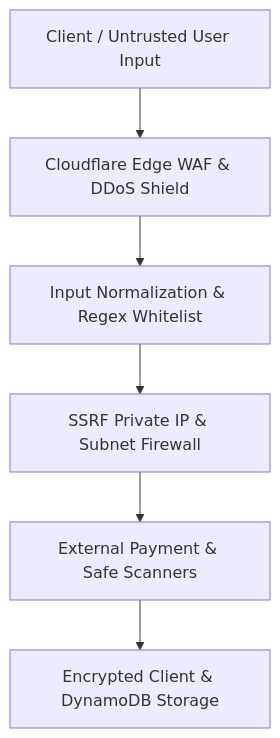
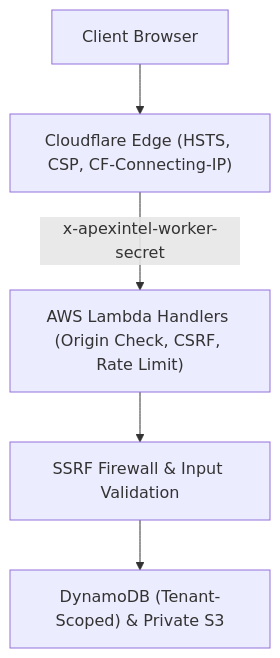
Before and after one commit to Aikun100/apexintel-b2b: the diagram in docs/SECURITY.md, drawn with Mermaid. The commit also changed other lines of this file and 84 other files, not shown here.

Commit message:
feat: complete ApexIntel transformation — scoring engine, backend parity, workspace tabs, forgot-password flow, admin overview, campaigns, catalog enrichment, design tokens, SVG cleanup, Lambda packaging; remove 40 obsolete docs; add CONTEXT.md fast-reference; 192/192 tests passing

````diff
--- a/docs/SECURITY.md
+++ b/docs/SECURITY.md
@@ -12,8 +7,7 @@
 ```mermaid
 flowchart TD
-    Client["Client / Untrusted User Input"] --> WAF["Cloudflare Edge WAF & DDoS Shield"]
-    WAF --> Sanitizer["Input Normalization & Regex Whitelist"]
-    Sanitizer --> SSRF["SSRF Private IP & Subnet Firewall"]
-    SSRF --> Gateway["External Payment & Safe Scanners"]
-    Gateway --> Storage["Encrypted Client & DynamoDB Storage"]
+    Client["Client Browser"] --> CF["Cloudflare Edge (HSTS, CSP, CF-Connecting-IP)"]
+    CF -->|"x-apexintel-worker-secret"| Lambda["AWS Lambda Handlers (Origin Check, CSRF, Rate Limit)"]
+    Lambda --> Guard["SSRF Firewall & Input Validation"]
+    Guard --> Store["DynamoDB (Tenant-Scoped) & Private S3"]
 ```
````
